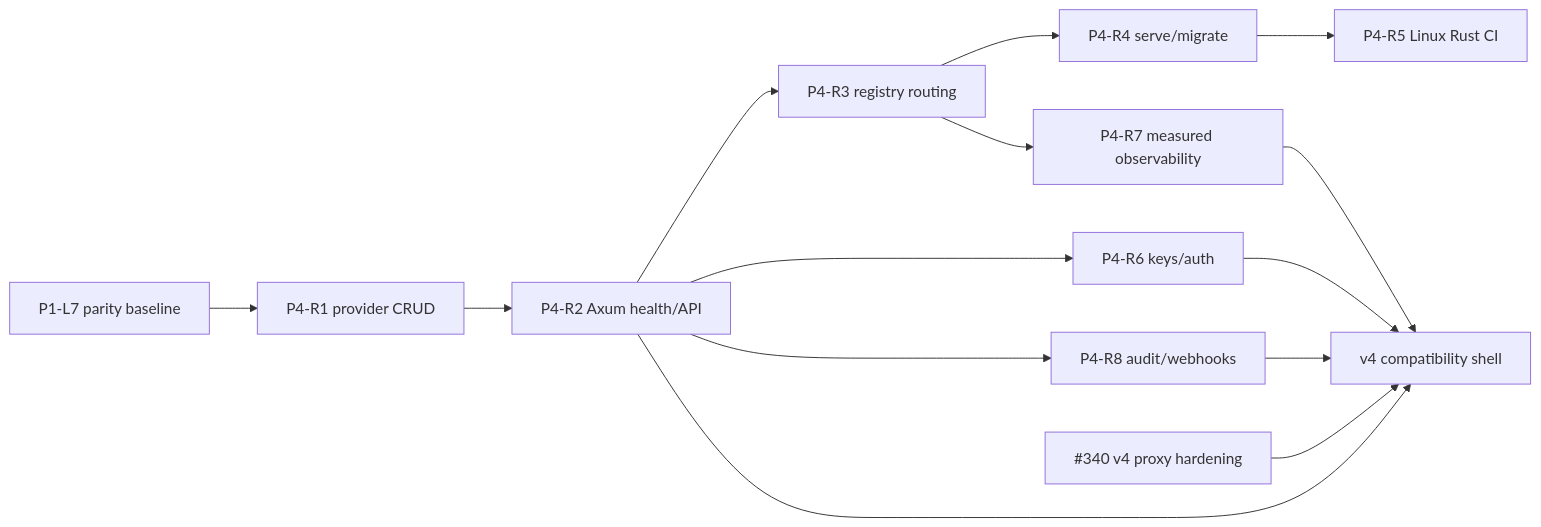
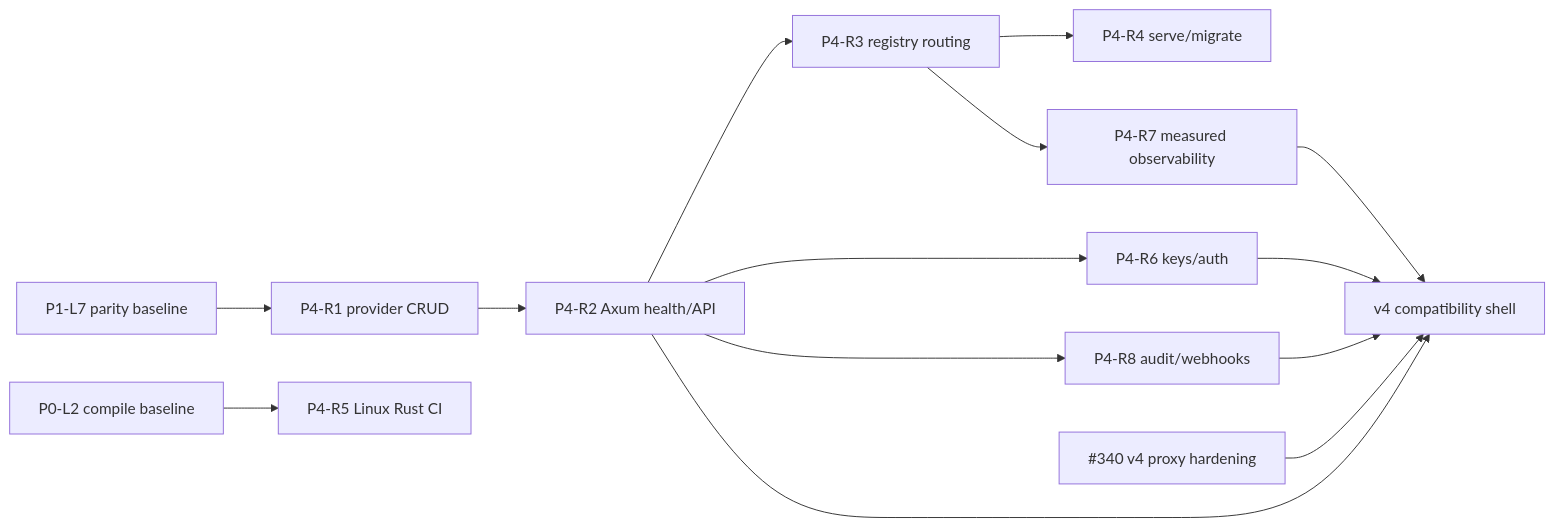
The diagram in plans/2026-07-18-v4-rust-feature-parity-matrix.md (KooshaPari/OmniRoute), drawn with Mermaid before and after one commit. The commit also changed other lines of this file and 2 other files, not shown here.

````diff
--- a/plans/2026-07-18-v4-rust-feature-parity-matrix.md
+++ b/plans/2026-07-18-v4-rust-feature-parity-matrix.md
@@ -58,18 +58,18 @@
 ```mermaid
 flowchart LR
   MATRIX[P1-L7 parity baseline] --> PROVIDERS[P4-R1 provider CRUD]
   PROVIDERS --> API[P4-R2 Axum health/API]
   API --> ROUTER[P4-R3 registry routing]
   ROUTER --> CLI[P4-R4 serve/migrate]
-  CLI --> CI[P4-R5 Linux Rust CI]
+  BASELINE[P0-L2 compile baseline] --> CI[P4-R5 Linux Rust CI]
 
   API --> AUTH[P4-R6 keys/auth]
   ROUTER --> OBS[P4-R7 measured observability]
   API --> AUDIT[P4-R8 audit/webhooks]
 
   PROXY[#340 v4 proxy hardening] --> SHELL[v4 compatibility shell]
   API --> SHELL
   AUTH --> SHELL
   OBS --> SHELL
   AUDIT --> SHELL
 ```
````
